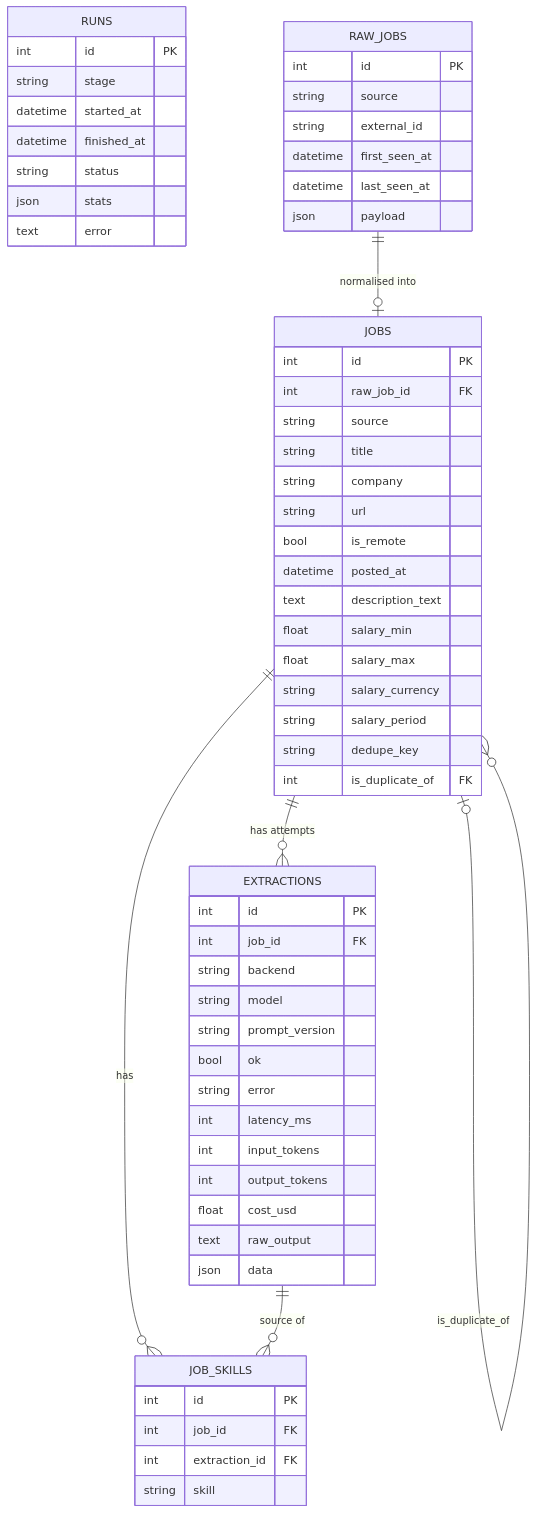
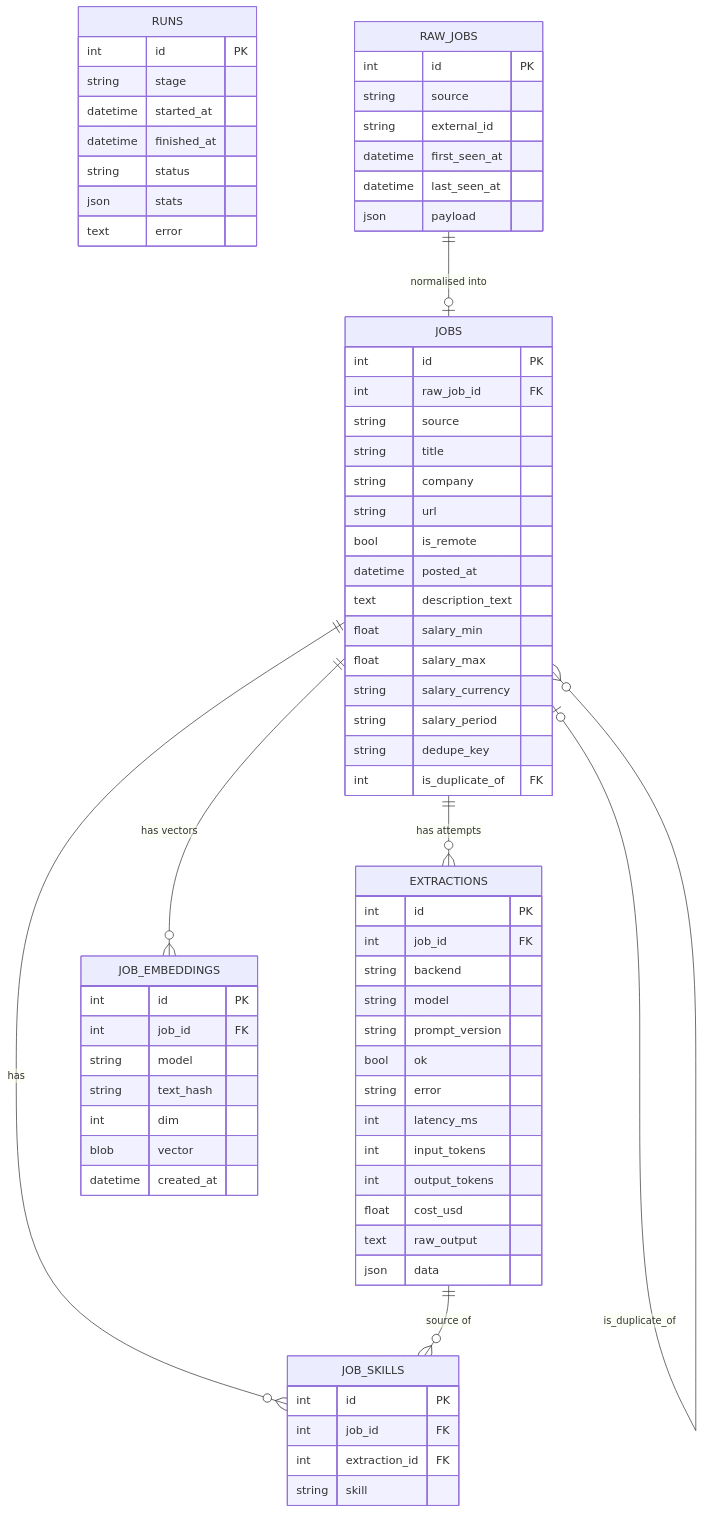
The second of 2 diagrams in docs/architecture.md (intenza2k-netizen/remote-radar), drawn with Mermaid before and after one commit. The commit also changed other lines of this file and 73 other files, not shown here.

````diff
--- a/docs/architecture.md
+++ b/docs/architecture.md
@@ -69,63 +185,73 @@
 ```mermaid
 erDiagram
     RUNS {
         int id PK
         string stage
         datetime started_at
         datetime finished_at
         string status
         json stats
         text error
     }
     RAW_JOBS ||--o| JOBS : "normalised into"
     RAW_JOBS {
         int id PK
         string source
         string external_id
         datetime first_seen_at
         datetime last_seen_at
         json payload
     }
     JOBS ||--o{ EXTRACTIONS : "has attempts"
     JOBS ||--o{ JOB_SKILLS : "has"
+    JOBS ||--o{ JOB_EMBEDDINGS : "has vectors"
     JOBS |o--o{ JOBS : "is_duplicate_of"
     JOBS {
         int id PK
         int raw_job_id FK
         string source
         string title
         string company
         string url
         bool is_remote
         datetime posted_at
         text description_text
         float salary_min
         float salary_max
         string salary_currency
         string salary_period
         string dedupe_key
         int is_duplicate_of FK
     }
     EXTRACTIONS ||--o{ JOB_SKILLS : "source of"
     EXTRACTIONS {
         int id PK
         int job_id FK
         string backend
         string model
         string prompt_version
         bool ok
         string error
         int latency_ms
         int input_tokens
         int output_tokens
         float cost_usd
         text raw_output
         json data
     }
     JOB_SKILLS {
         int id PK
         int job_id FK
         int extraction_id FK
         string skill
     }
+    JOB_EMBEDDINGS {
+        int id PK
+        int job_id FK
+        string model
+        string text_hash
+        int dim
+        blob vector
+        datetime created_at
+    }
 ```
````
